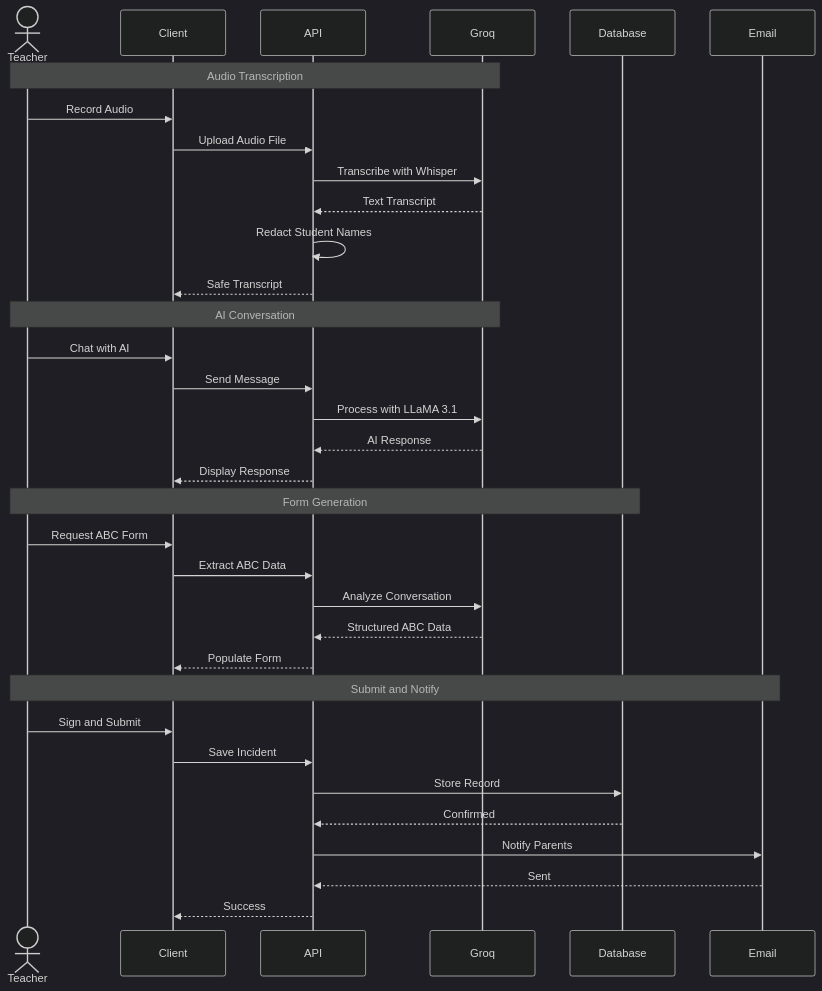
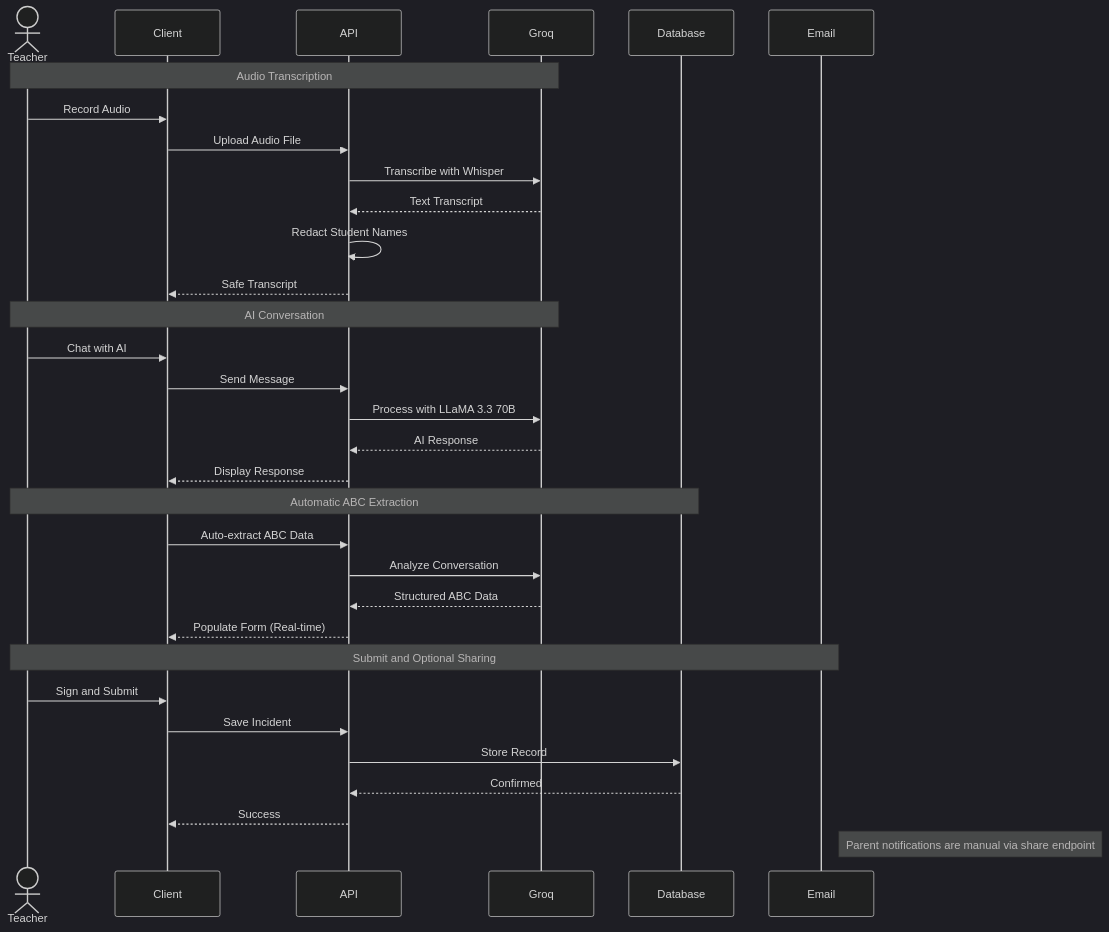
Before and after one commit to SALT-Lab-Human-AI/project-check-point-1-ABCapture: the third of 4 diagrams in app/docs/architecture.md, drawn with Mermaid (dark theme). The commit also changed other lines of this file, not shown here.

Commit message:
Fix architecture.md: Update to LLaMA 3.3 70B, correct automatic ABC extraction, and fix Mermaid rendering

````diff
--- a/app/docs/architecture.md
+++ b/app/docs/architecture.md
@@ -62,40 +62,38 @@
 ```mermaid
 sequenceDiagram
     actor Teacher
     participant Client
     participant API
     participant Groq
     participant Database
     participant Email
 
     Note over Teacher,Groq: Audio Transcription
     Teacher->>Client: Record Audio
     Client->>API: Upload Audio File
     API->>Groq: Transcribe with Whisper
     Groq-->>API: Text Transcript
     API->>API: Redact Student Names
     API-->>Client: Safe Transcript
 
     Note over Teacher,Groq: AI Conversation
     Teacher->>Client: Chat with AI
     Client->>API: Send Message
-    API->>Groq: Process with LLaMA 3.1
+    API->>Groq: Process with LLaMA 3.3 70B
     Groq-->>API: AI Response
     API-->>Client: Display Response
 
-    Note over Teacher,Database: Form Generation
-    Teacher->>Client: Request ABC Form
-    Client->>API: Extract ABC Data
+    Note over Teacher,Database: Automatic ABC Extraction
+    Client->>API: Auto-extract ABC Data
     API->>Groq: Analyze Conversation
     Groq-->>API: Structured ABC Data
-    API-->>Client: Populate Form
+    API-->>Client: Populate Form (Real-time)
 
-    Note over Teacher,Email: Submit and Notify
+    Note over Teacher,Email: Submit and Optional Sharing
     Teacher->>Client: Sign and Submit
     Client->>API: Save Incident
     API->>Database: Store Record
     Database-->>API: Confirmed
-    API->>Email: Notify Parents
-    Email-->>API: Sent
     API-->>Client: Success
+    Note right of Email: Parent notifications are manual via share endpoint
 ```
````
